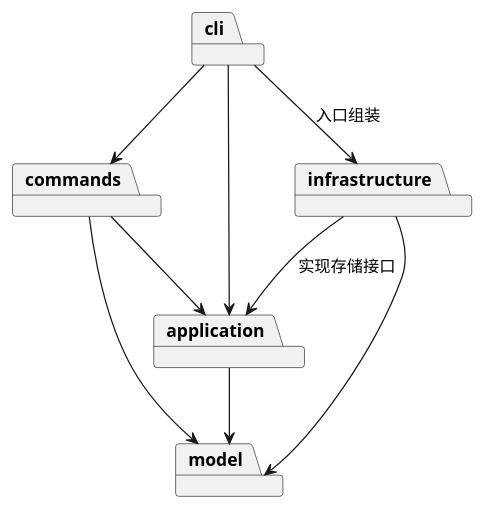
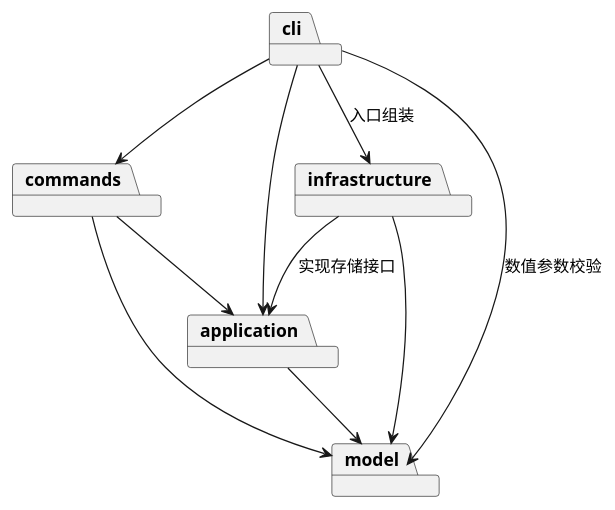
The diagram in doc/README.md (wxz667/SVG), drawn with PlantUML before and after one commit. The commit also changed other lines of this file and 29 other files, not shown here.

````diff
--- a/doc/README.md
+++ b/doc/README.md
@@ -16,17 +16,18 @@
 ```plantuml
 @startuml
 package cli
 package commands
 package application
 package model
 package infrastructure
 cli --> commands
 cli --> application
+cli --> model : 数值参数校验
 cli --> infrastructure : 入口组装
 commands --> application
 commands --> model
 application --> model
 infrastructure --> application : 实现存储接口
 infrastructure --> model
 @enduml
 ```
````
